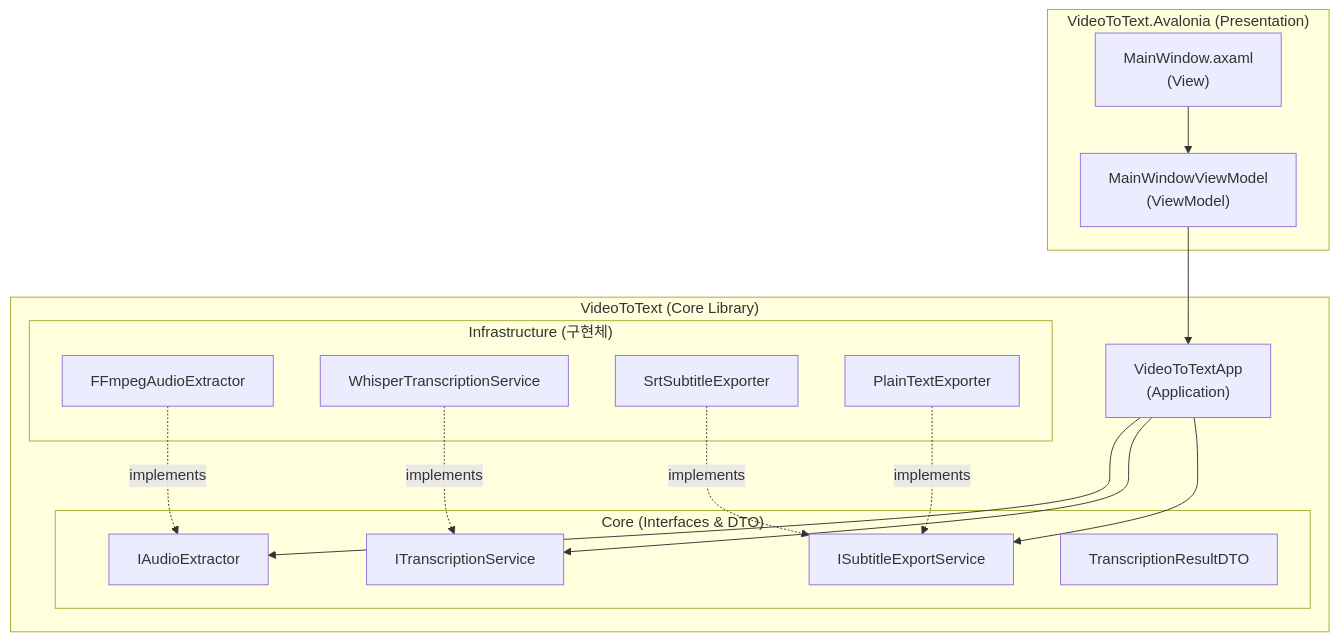
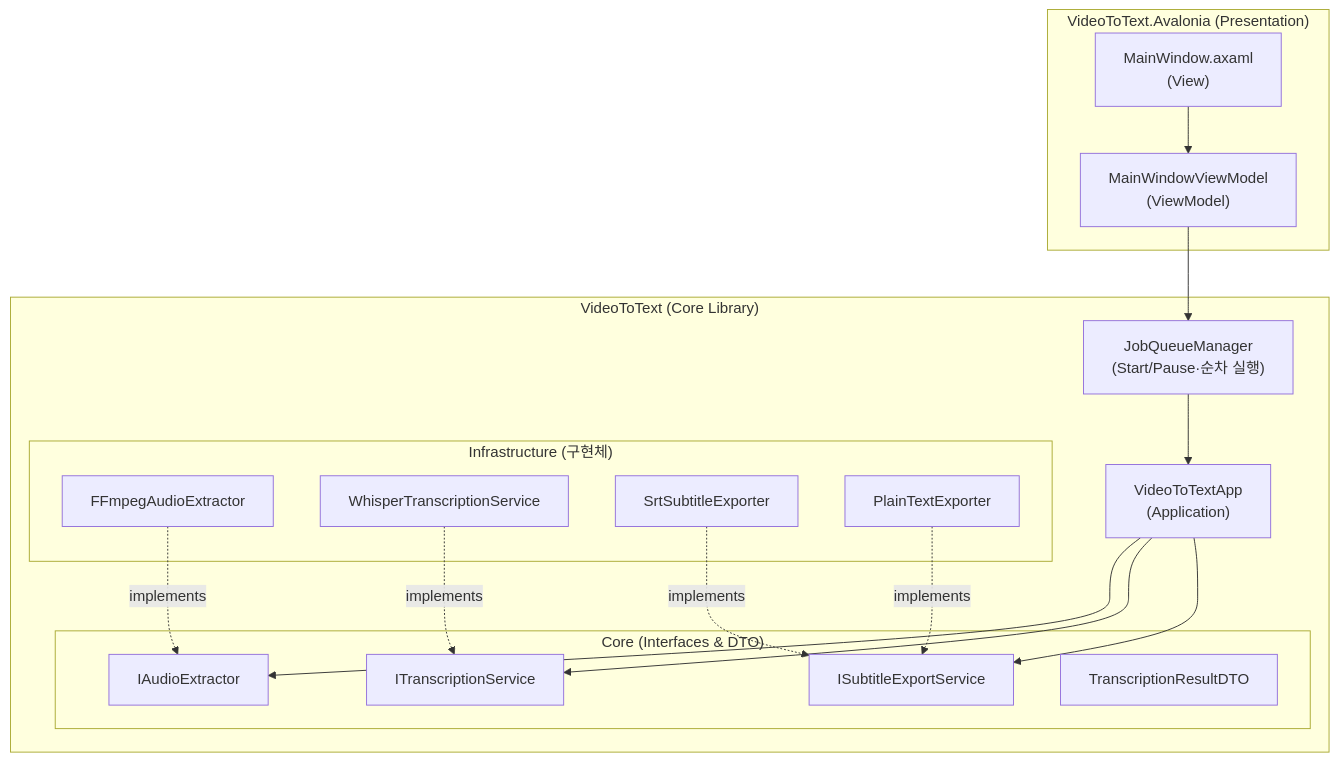
The first of 3 diagrams in Doc/ARCHITECTURE.md (frod2793/VideoToTexter), drawn with Mermaid before and after one commit. The commit also changed other lines of this file and 26 other files, not shown here.

````diff
--- a/Doc/ARCHITECTURE.md
+++ b/Doc/ARCHITECTURE.md
@@ -10,35 +10,37 @@
 ```mermaid
 graph TB
     subgraph UI["VideoToText.Avalonia (Presentation)"]
         View["MainWindow.axaml<br/>(View)"]
         ViewModel["MainWindowViewModel<br/>(ViewModel)"]
         View --> ViewModel
     end
 
     subgraph App["VideoToText (Core Library)"]
+        Queue["JobQueueManager<br/>(Start/Pause·순차 실행)"]
         AppLogic["VideoToTextApp<br/>(Application)"]
         
         subgraph Core["Core (Interfaces & DTO)"]
             IAudio["IAudioExtractor"]
             ISTT["ITranscriptionService"]
             IExport["ISubtitleExportService"]
             DTO["TranscriptionResultDTO"]
         end
 
         subgraph Infra["Infrastructure (구현체)"]
             FFmpeg["FFmpegAudioExtractor"]
             Whisper["WhisperTranscriptionService"]
             SRT["SrtSubtitleExporter"]
             TXT["PlainTextExporter"]
         end
     end
 
-    ViewModel --> AppLogic
+    ViewModel --> Queue
+    Queue --> AppLogic
     AppLogic --> IAudio
     AppLogic --> ISTT
     AppLogic --> IExport
     FFmpeg -.->|implements| IAudio
     Whisper -.->|implements| ISTT
     SRT -.->|implements| IExport
     TXT -.->|implements| IExport
 ```
````
